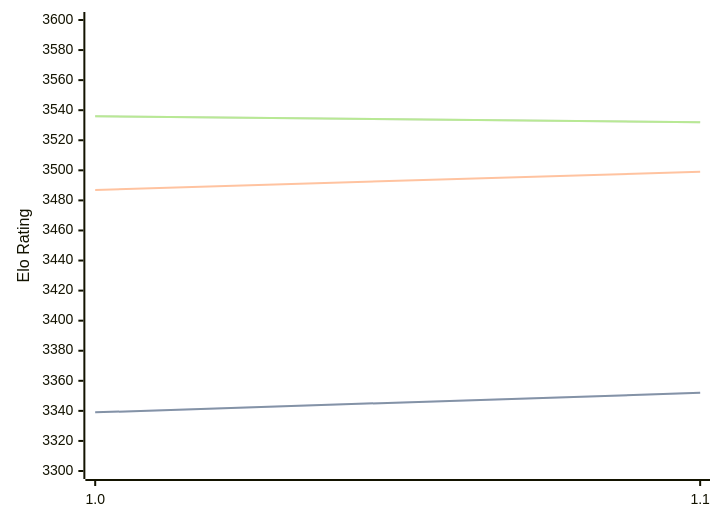
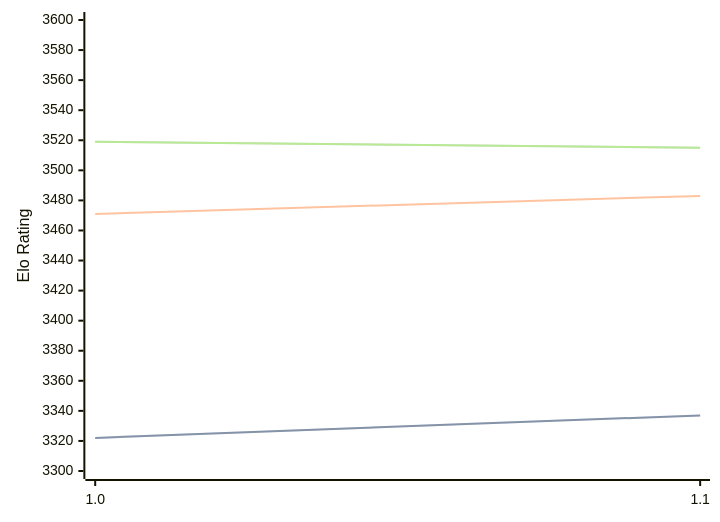
Before and after one commit to computer-chess-index/cci: the diagram in engines/Horsie.md, drawn with Mermaid. The commit also changed other lines of this file, not shown here.

Commit message:
Update CCI Ratings (ELO VLTC) - 2026-05-20

````diff
--- a/engines/Horsie.md
+++ b/engines/Horsie.md
@@ -32,11 +32,11 @@
 ```mermaid
 %%{init: {"theme":"base","themeVariables":{"seriesColors:['#a3a3a3','#222221','#faa371']}}}%%
 xychart-beta
   x-axis ["1.0", "1.1"]
   y-axis "Elo Rating" 3300 --> 3600
-  line "STC (8.0+0.08s)" [3339, 3352]
-  line "STC (8.0+0.08s)" [3339, 3352]
-  line "LTC (60.0+0.60s)" [3487, 3499]
-  line "VLTC (2m24s+1.12s)" [3536, 3532]
-  line "VLTC (2m24s+1.12s)" [3536, 3532]
+  line "STC (8.0+0.08s)" [3322, 3337]
+  line "STC (8.0+0.08s)" [3322, 3337]
+  line "LTC (60.0+0.60s)" [3471, 3483]
+  line "VLTC (2m24s+1.12s)" [3519, 3515]
+  line "VLTC (2m24s+1.12s)" [3519, 3515]
 ```
````
